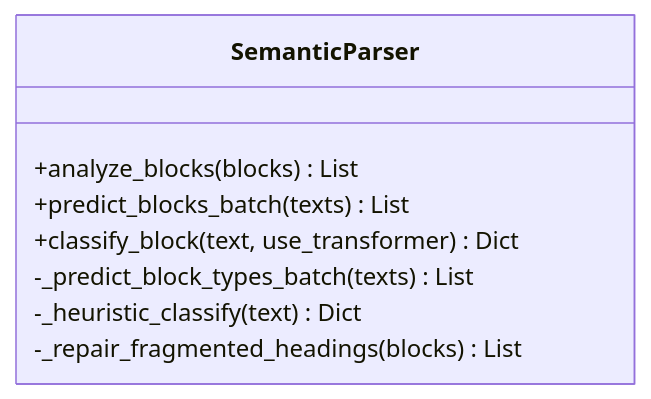
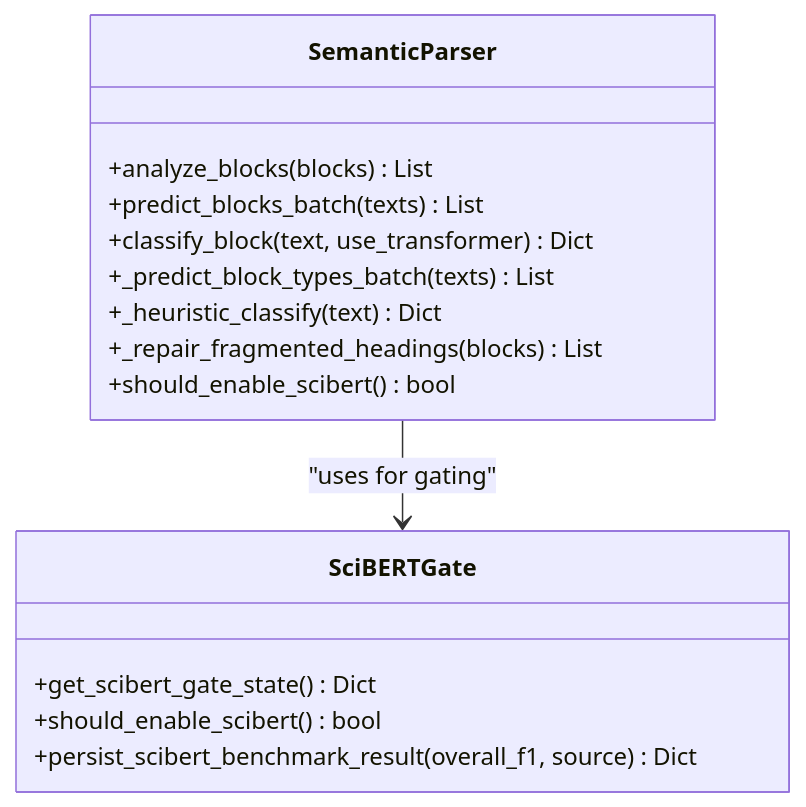
Before and after one commit to rohitkumarnaidu/-Auto-AI-Automated-Academic-Docx-Manuscript-Formatter: the eighth of 12 diagrams in .qoder/repowiki/en/content/AI_ML Integration/AI_ML Integration.md, drawn with Mermaid. The commit also changed other lines of this file and 6 other files, not shown here.

````diff
--- a/.qoder/repowiki/en/content/AI_ML Integration/AI_ML Integration.md
+++ b/.qoder/repowiki/en/content/AI_ML Integration/AI_ML Integration.md
@@ -191,11 +325,18 @@
 ```mermaid
 classDiagram
 class SemanticParser {
 +analyze_blocks(blocks) List
 +predict_blocks_batch(texts) List
 +classify_block(text, use_transformer) Dict
--_predict_block_types_batch(texts) List
--_heuristic_classify(text) Dict
--_repair_fragmented_headings(blocks) List
++_predict_block_types_batch(texts) List
++_heuristic_classify(text) Dict
++_repair_fragmented_headings(blocks) List
++should_enable_scibert() bool
 }
+class SciBERTGate {
++get_scibert_gate_state() Dict
++should_enable_scibert() bool
++persist_scibert_benchmark_result(overall_f1, source) Dict
+}
+SemanticParser --> SciBERTGate : "uses for gating"
 ```
````
